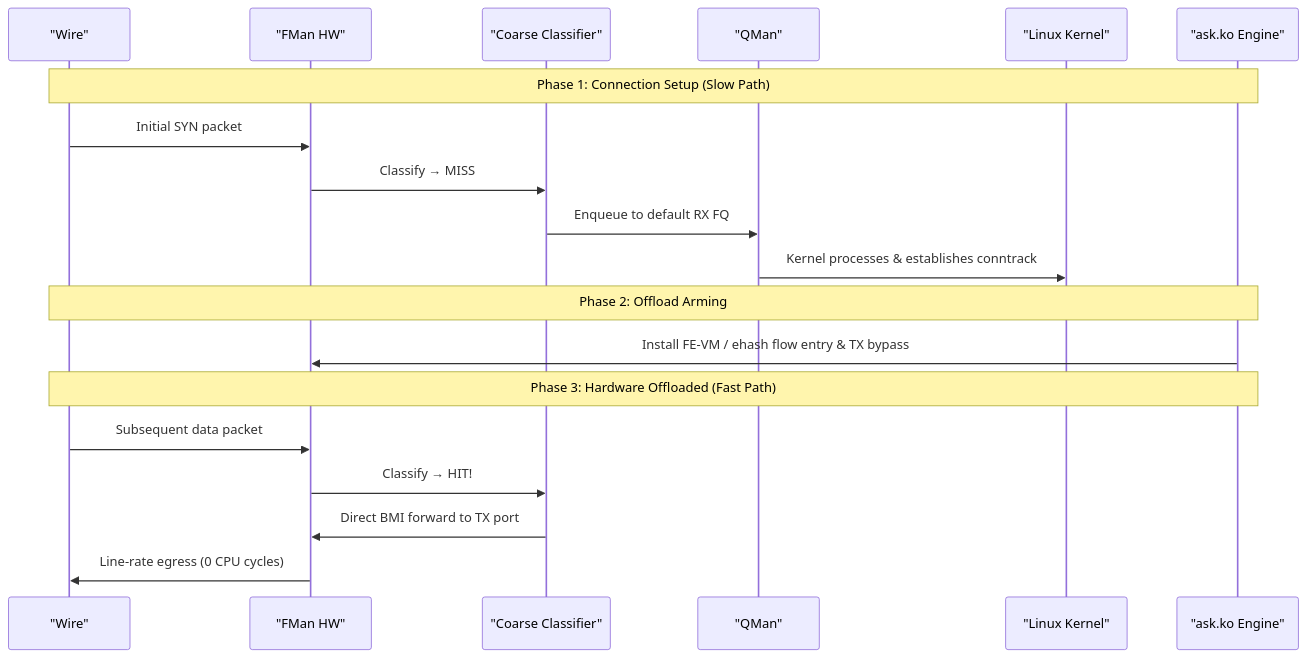
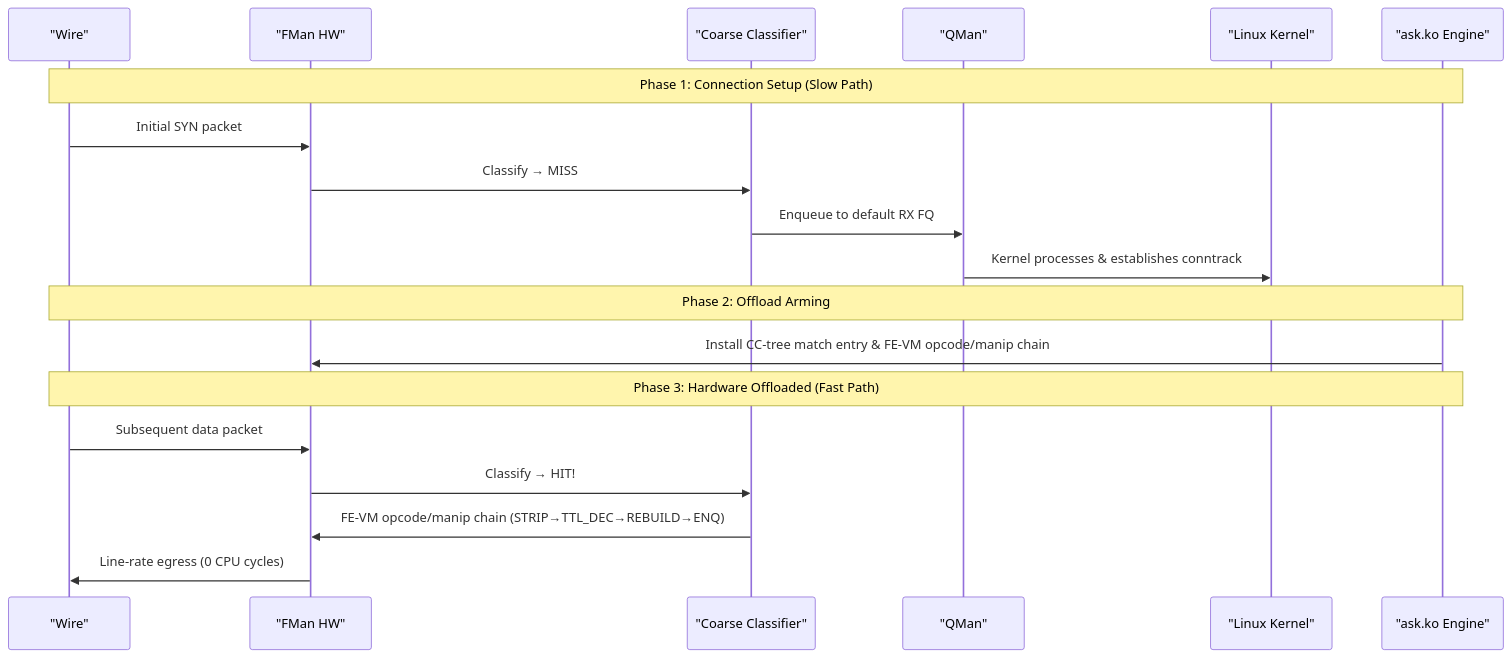
The fourth of 4 diagrams in plans/NETWORKING-DEEP-DIVE.md (Daegara/vyos-ls1046a-build), drawn with Mermaid before and after one commit. The commit also changed other lines of this file and 19 other files, not shown here.

````diff
--- a/plans/NETWORKING-DEEP-DIVE.md
+++ b/plans/NETWORKING-DEEP-DIVE.md
@@ -210,24 +225,24 @@
 ```mermaid
 sequenceDiagram
     participant Wire as "Wire"
     participant FMan as "FMan HW"
     participant CC as "Coarse Classifier"
     participant QMan as "QMan"
     participant Kernel as "Linux Kernel"
     participant ASK as "ask.ko Engine"
 
     Note over Wire,ASK: Phase 1: Connection Setup (Slow Path)
     Wire->>FMan: Initial SYN packet
     FMan->>CC: Classify → MISS
     CC->>QMan: Enqueue to default RX FQ
     QMan->>Kernel: Kernel processes & establishes conntrack
 
     Note over Wire,ASK: Phase 2: Offload Arming
-    ASK->>FMan: Install FE-VM / ehash flow entry & TX bypass
+    ASK->>FMan: Install CC-tree match entry & FE-VM opcode/manip chain
 
     Note over Wire,ASK: Phase 3: Hardware Offloaded (Fast Path)
     Wire->>FMan: Subsequent data packet
     FMan->>CC: Classify → HIT!
-    CC->>FMan: Direct BMI forward to TX port
+    CC->>FMan: FE-VM opcode/manip chain (STRIP→TTL_DEC→REBUILD→ENQ)
     FMan->>Wire: Line-rate egress (0 CPU cycles)
 ```
````
